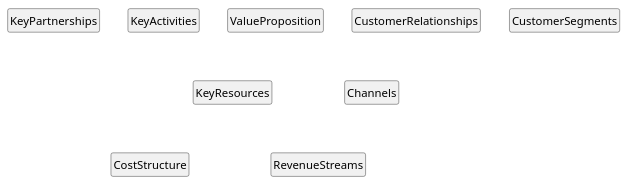
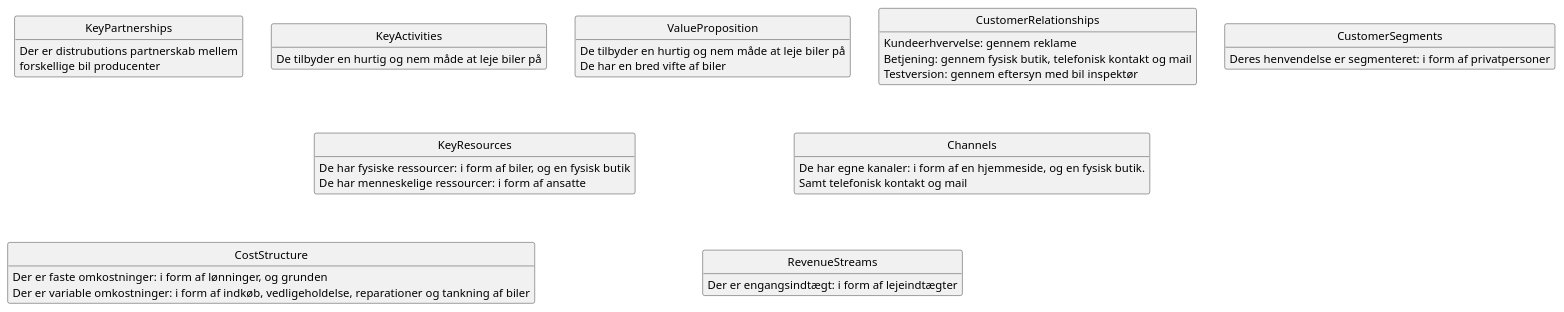
One commit to FilipMeldal/Team1A changed the diagram in Systemudvikling 2. sem/Opgaver/Hurtig biludlejning - FML.plantuml. Above: the diagram before and after it, drawn with PlantUML. The commit also changed 1 other file, not shown here.

```diff
--- a/Systemudvikling 2. sem/Opgaver/Hurtig biludlejning - FML.plantuml
+++ b/Systemudvikling 2. sem/Opgaver/Hurtig biludlejning - FML.plantuml
@@ -1,59 +1,69 @@
 @startuml
 hide circle
 hide empty members
 
 class KeyPartnerships
 {
-    
+    Der er distrubutions partnerskab mellem 
+    forskellige bil producenter 
 }
 
 class KeyActivities
 {
-
+    De tilbyder en hurtig og nem måde at leje biler på
 }
 
 class ValueProposition
 {
-
+    De tilbyder en hurtig og nem måde at leje biler på
+    De har en bred vifte af biler
 }
 class CustomerRelationships
 {
-
+    Kundeerhvervelse: gennem reklame
+    Betjening: gennem fysisk butik, telefonisk kontakt og mail
+    Testversion: gennem eftersyn med bil inspektør
 }
 class Channels
 {
-
+    De har egne kanaler: i form af en hjemmeside, og en fysisk butik.
+    Samt telefonisk kontakt og mail
 }
 class CustomerSegments
 {
-
+    Deres henvendelse er segmenteret: i form af privatpersoner 
 }
 class CostStructure
 {
+    Der er faste omkostninger: i form af lønninger, og grunden
+    Der er variable omkostninger: i form af indkøb, vedligeholdelse, reparationer og tankning af biler
 }
 class RevenueStreams
 {
+    Der er engangsindtægt: i form af lejeindtægter
 }
 
 class KeyResources
 {
+    De har fysiske ressourcer: i form af biler, og en fysisk butik
+    De har menneskelige ressourcer: i form af ansatte
 }
 
 KeyPartnerships -[hidden]right-> KeyActivities
 KeyActivities -[hidden]right-> ValueProposition
 KeyActivities -[hidden]down-> CostStructure
 
 ValueProposition -[hidden]right-> CustomerRelationships
 CustomerRelationships -[hidden]right-> Channels
 KeyPartnerships -[hidden]down-> CostStructure
 
 KeyActivities -[hidden]down-> KeyResources
 KeyResources -[hidden]down-> CostStructure
 
 Channels -[hidden]down-> Channels
 Channels -[hidden]down-> RevenueStreams
 CustomerRelationships -[hidden]right-> CustomerSegments
 KeyResources -[hidden]down-> RevenueStreams
 
 ValueProposition -[hidden]right-> CustomerSegments
 @enduml
```
